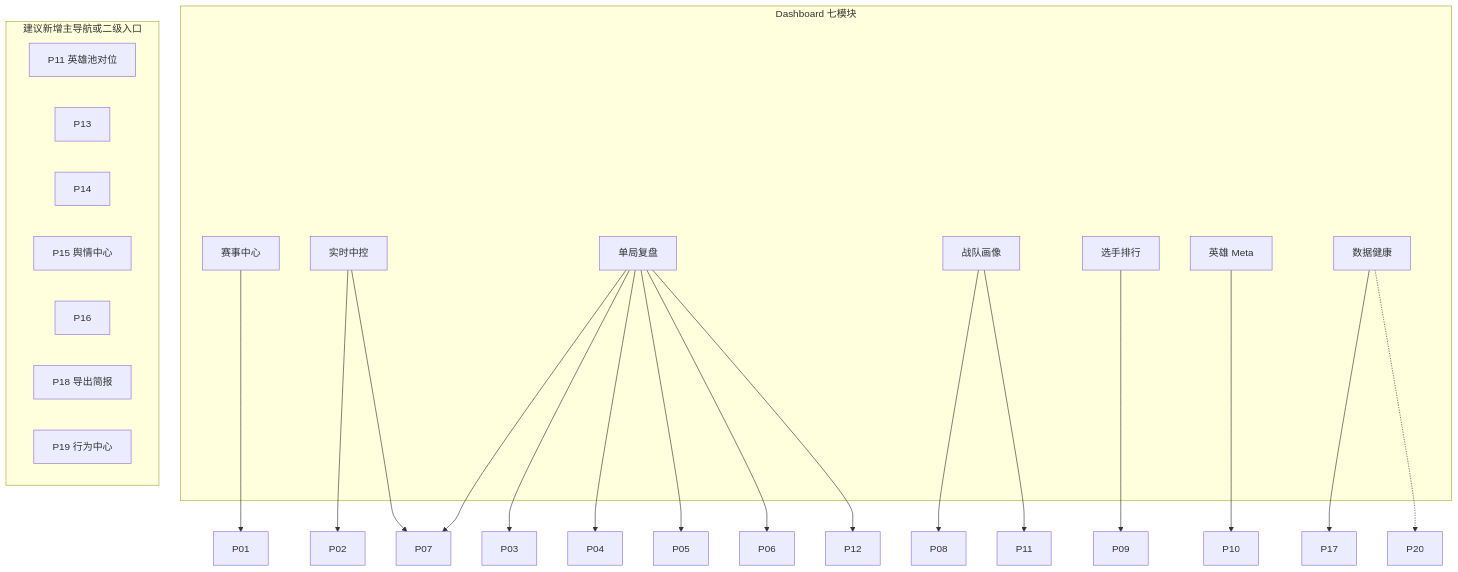
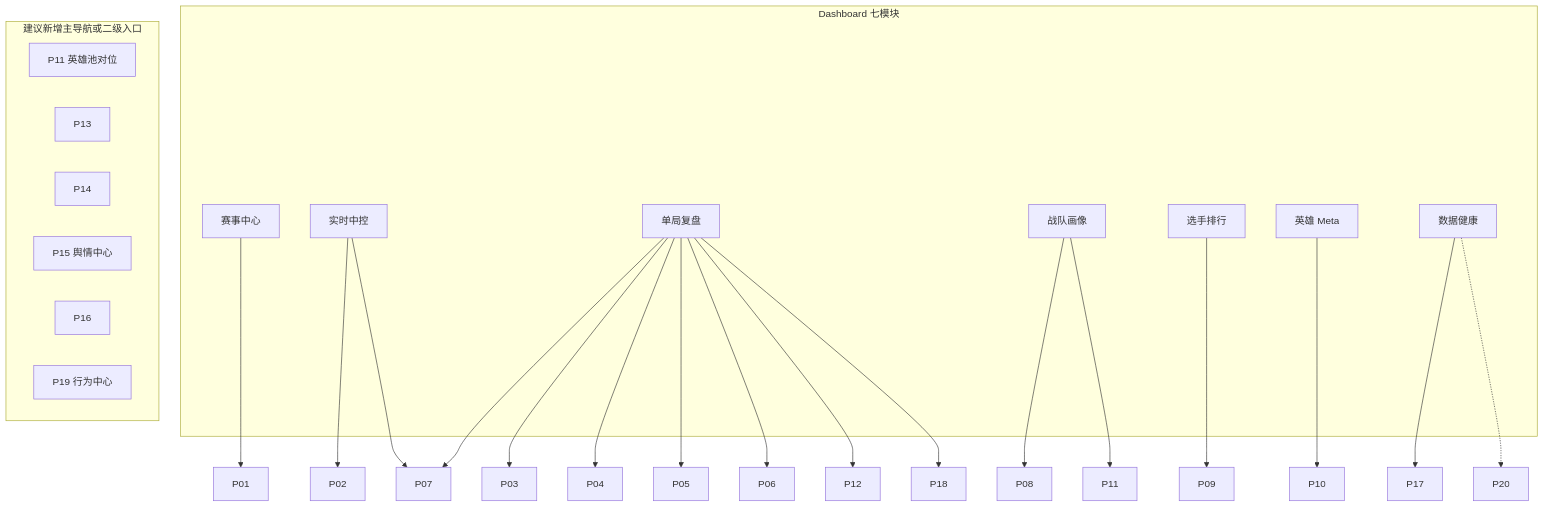
The diagram in docs/product/00-Dashboard映射.md (hccccc01333/KPLdata), drawn with Mermaid before and after one commit. The commit also changed other lines of this file and 5 other files, not shown here.

````diff
--- a/docs/product/00-Dashboard映射.md
+++ b/docs/product/00-Dashboard映射.md
@@ -50,38 +50,38 @@
 ```mermaid
 flowchart TB
   subgraph Dash [Dashboard 七模块]
     S[赛事中心]
     L[实时中控]
     R[单局复盘]
     T[战队画像]
     Pl[选手排行]
     H[英雄 Meta]
     Ops[数据健康]
   end
 
   S --> P01
   L --> P02
   L --> P07
   R --> P03
   R --> P04
   R --> P05
   R --> P06
   R --> P07
   R --> P12
+  R --> P18
   T --> P08
   T --> P11
   Pl --> P09
   H --> P10
   Ops --> P17
   Ops -.-> P20
 
   subgraph NewPages [建议新增主导航或二级入口]
     P11N[P11 英雄池对位]
     P13
     P14
     P15N[P15 舆情中心]
     P16
-    P18N[P18 导出简报]
     P19N[P19 行为中心]
   end
 ```
````
